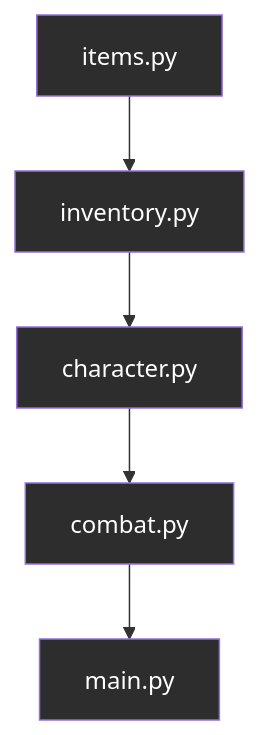
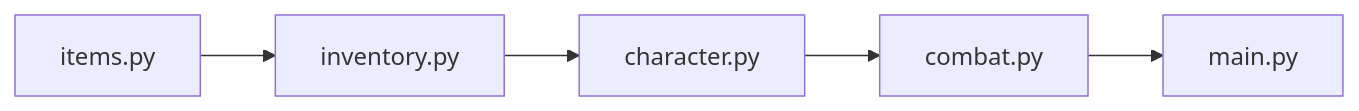
The first of 3 diagrams in README.md (Rohitchandramouli/ironvault), drawn with Mermaid before and after one commit. The commit also changed other lines of this file and 4 other files, not shown here.

````diff
--- a/README.md
+++ b/README.md
@@ -48,13 +67,7 @@
 ```mermaid
-graph TD
+graph LR
     A[items.py] --> B[inventory.py]
     B --> C[character.py]
     C --> D[combat.py]
     D --> E[main.py]
-
-    style A fill:#2d2d2d,color:#fff
-    style B fill:#2d2d2d,color:#fff
-    style C fill:#2d2d2d,color:#fff
-    style D fill:#2d2d2d,color:#fff
-    style E fill:#2d2d2d,color:#fff
 ```
````
